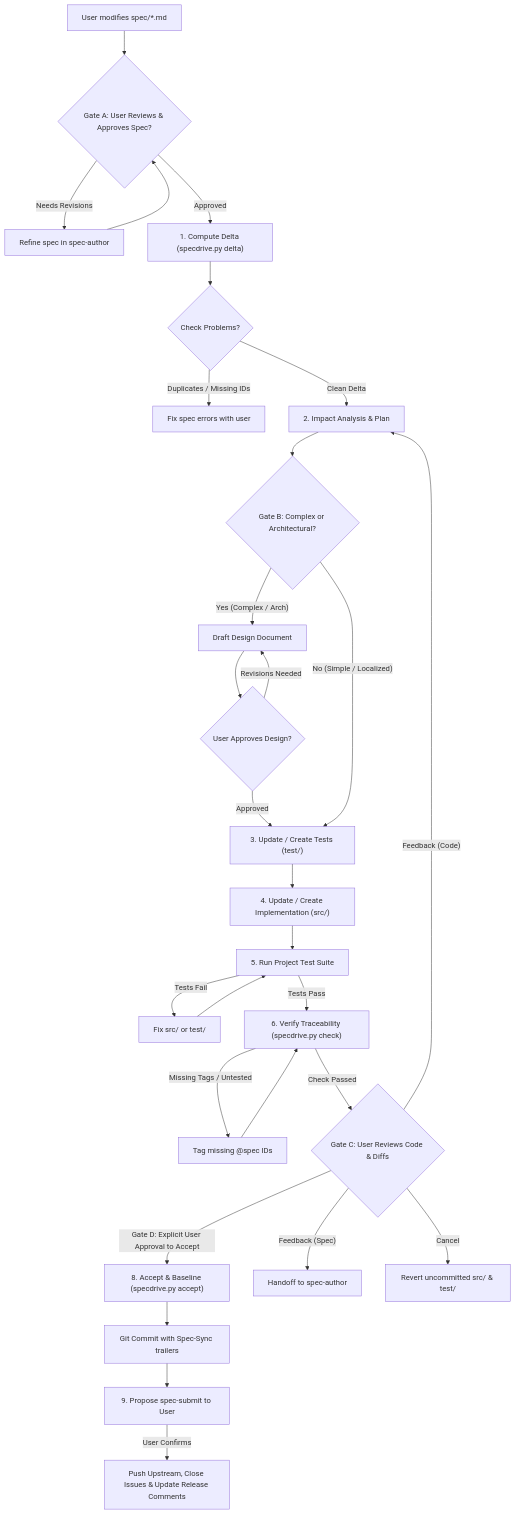
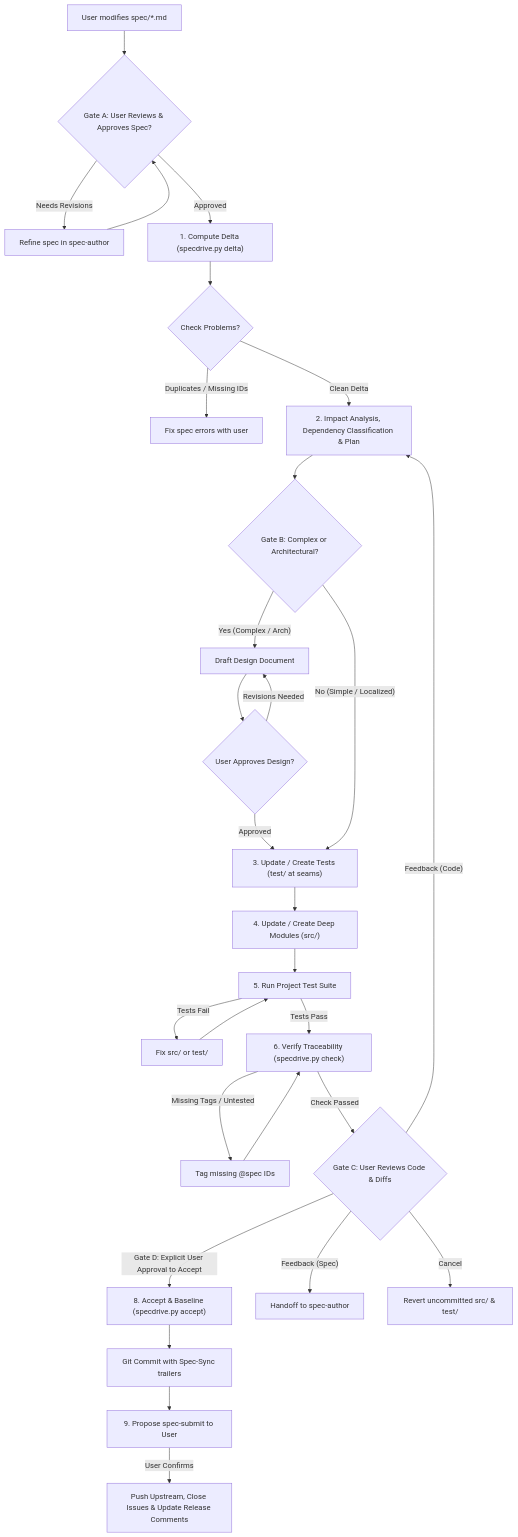
One commit to junov/SpecDrive changed the diagram in .agents/skills/spec-sync/references/sync-protocol.md. Above: the diagram before and after it, drawn with Mermaid. The commit also changed other lines of this file and 11 other files, not shown here.

````diff
--- a/.agents/skills/spec-sync/references/sync-protocol.md
+++ b/.agents/skills/spec-sync/references/sync-protocol.md
@@ -8,31 +9,31 @@
 ```mermaid
 flowchart TD
     A["User modifies spec/*.md"] --> A1{"Gate A: User Reviews & Approves Spec?"}
     A1 -- "Needs Revisions" --> D1["Refine spec in spec-author"]
     D1 --> A1
     A1 -- "Approved" --> B["1. Compute Delta (specdrive.py delta)"]
     B --> C{"Check Problems?"}
     C -- "Duplicates / Missing IDs" --> D["Fix spec errors with user"]
-    C -- "Clean Delta" --> E["2. Impact Analysis & Plan"]
+    C -- "Clean Delta" --> E["2. Impact Analysis, Dependency Classification & Plan"]
     E --> E1{"Gate B: Complex or Architectural?"}
     E1 -- "Yes (Complex / Arch)" --> E2["Draft Design Document"]
     E2 --> E3{"User Approves Design?"}
     E3 -- "Revisions Needed" --> E2
-    E3 -- "Approved" --> F["3. Update / Create Tests (test/)"]
+    E3 -- "Approved" --> F["3. Update / Create Tests (test/ at seams)"]
     E1 -- "No (Simple / Localized)" --> F
-    F --> G["4. Update / Create Implementation (src/)"]
+    F --> G["4. Update / Create Deep Modules (src/)"]
     G --> H["5. Run Project Test Suite"]
     H -- "Tests Fail" --> I["Fix src/ or test/"]
     I --> H
     H -- "Tests Pass" --> J["6. Verify Traceability (specdrive.py check)"]
     J -- "Missing Tags / Untested" --> K["Tag missing @spec IDs"]
     K --> J
     J -- "Check Passed" --> L{"Gate C: User Reviews Code & Diffs"}
     L -- "Gate D: Explicit User Approval to Accept" --> M["8. Accept & Baseline (specdrive.py accept)"]
     M --> N["Git Commit with Spec-Sync trailers"]
     N --> Q["9. Propose spec-submit to User"]
     Q -- "User Confirms" --> R["Push Upstream, Close Issues & Update Release Comments"]
     L -- "Feedback (Spec)" --> O["Handoff to spec-author"]
     L -- "Feedback (Code)" --> E
     L -- "Cancel" --> P["Revert uncommitted src/ & test/"]
 ```
````
